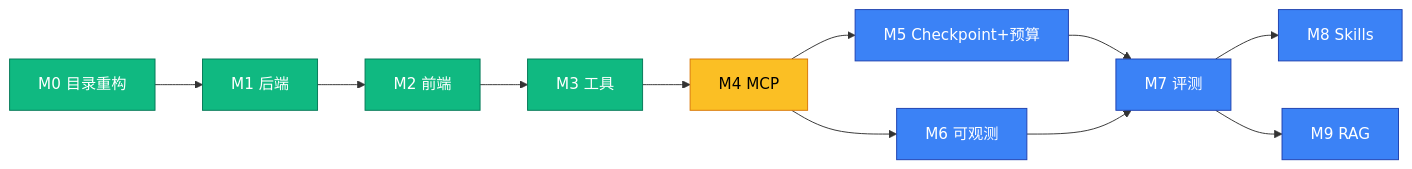
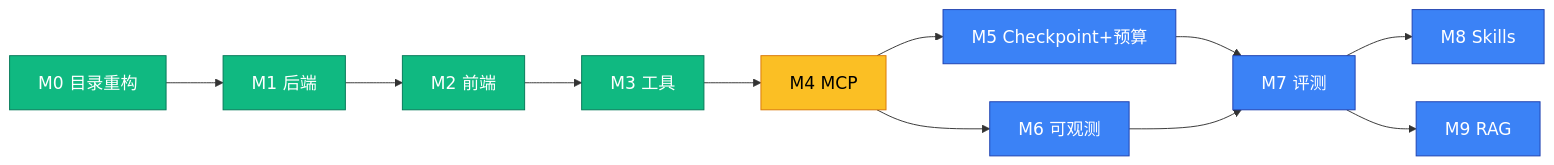
The sixth of 7 diagrams in docs/ARCHITECTURE.md (Eplayed/agents-cli-learn), drawn with Mermaid before and after one commit. The commit also changed other lines of this file and 11 other files, not shown here.

````diff
--- a/docs/ARCHITECTURE.md
+++ b/docs/ARCHITECTURE.md
@@ -331,17 +358,18 @@
 ```mermaid
+%%{init: {'theme':'default', 'themeVariables': {'fontSize':'18px'}, 'flowchart': {'nodeSpacing': 40, 'rankSpacing': 60}}}%%
 graph LR
     M0[M0 目录重构]:::done --> M1[M1 后端]:::done
     M1 --> M2[M2 前端]:::done
     M2 --> M3[M3 工具]:::done
     M3 --> M4[M4 MCP]:::current
     M4 --> M5[M5 Checkpoint+预算]:::future
     M4 --> M6[M6 可观测]:::future
     M5 --> M7[M7 评测]:::future
     M6 --> M7
     M7 --> M8[M8 Skills]:::future
     M7 --> M9[M9 RAG]:::future
 
     classDef done fill:#10b981,stroke:#047857,color:#fff
     classDef current fill:#fbbf24,stroke:#d97706,color:#000
     classDef future fill:#3b82f6,stroke:#1e40af,color:#fff
 ```
````
